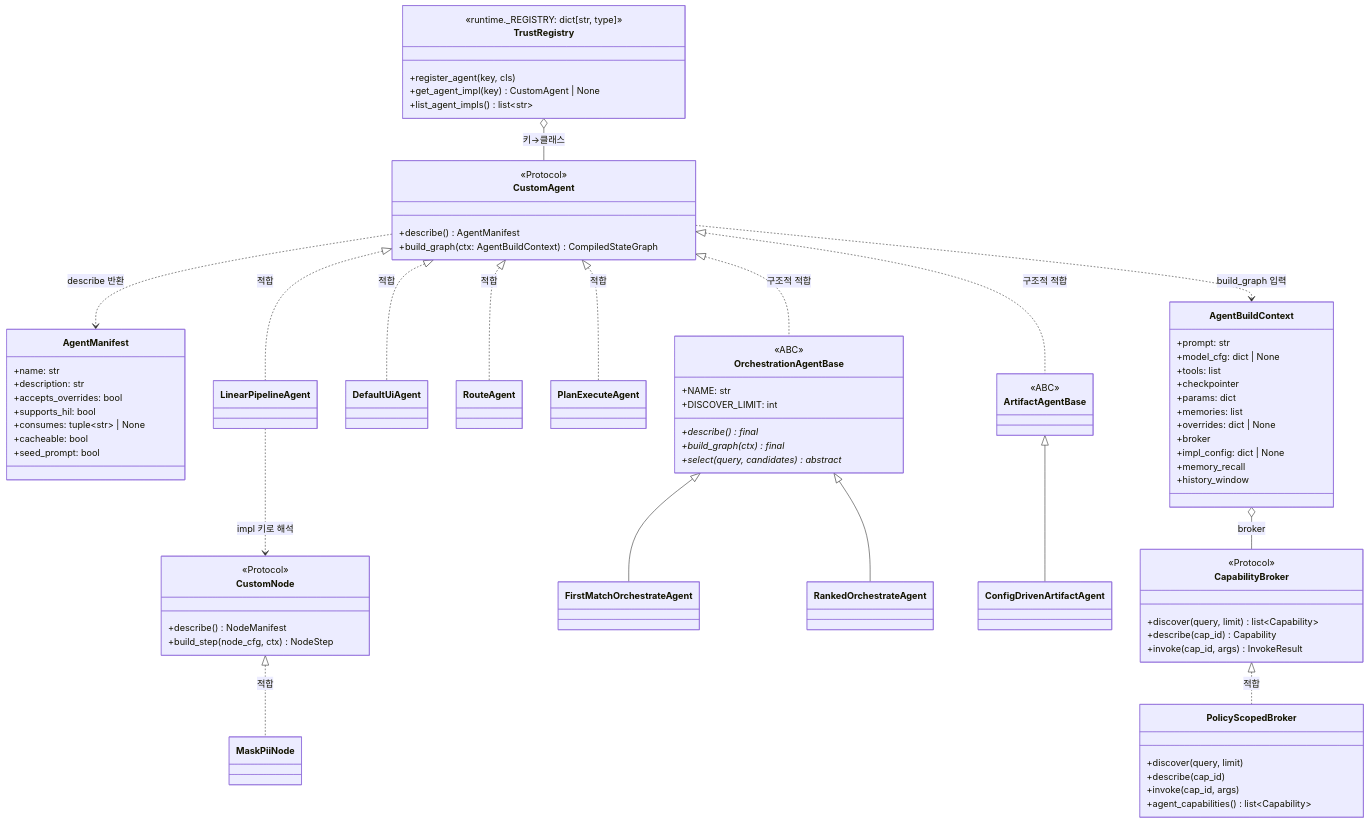
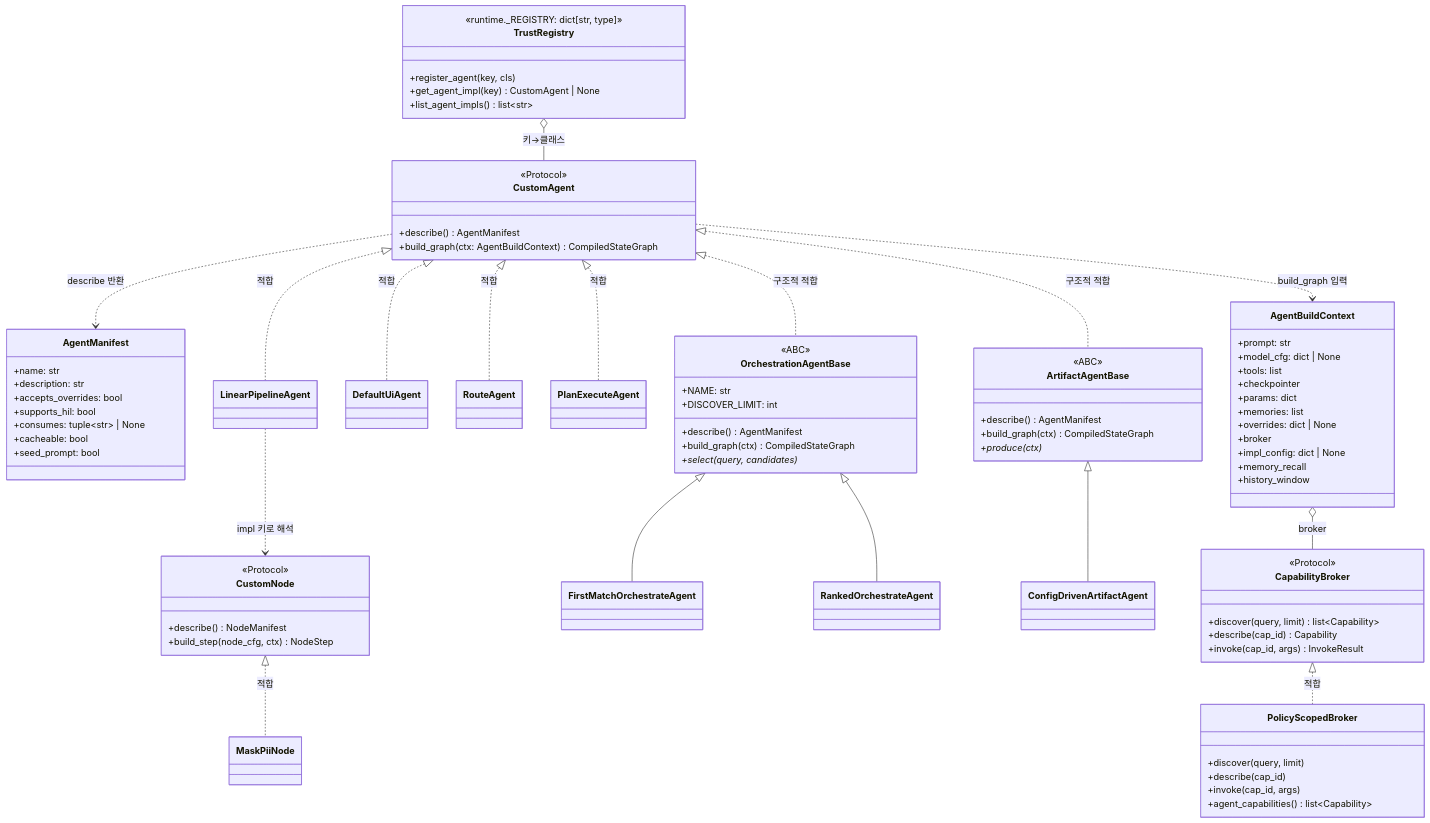
Before and after one commit to loveqoo/my-agents: the diagram in docs/dev-guide.md, drawn with Mermaid. The commit also changed other lines of this file and 3 other files, not shown here.

```diff
--- a/docs/dev-guide.md
+++ b/docs/dev-guide.md
@@ -468,14 +475,17 @@
         <<ABC>>
         +NAME: str
         +DISCOVER_LIMIT: int
-        +describe()* final
-        +build_graph(ctx)* final
-        +select(query, candidates)* abstract
+        +describe() AgentManifest
+        +build_graph(ctx) CompiledStateGraph
+        +select(query, candidates)*
     }
     class FirstMatchOrchestrateAgent
     class RankedOrchestrateAgent
     class ArtifactAgentBase {
         <<ABC>>
+        +describe() AgentManifest
+        +build_graph(ctx) CompiledStateGraph
+        +produce(ctx)*
     }
     class ConfigDrivenArtifactAgent
     class TrustRegistry {
```
